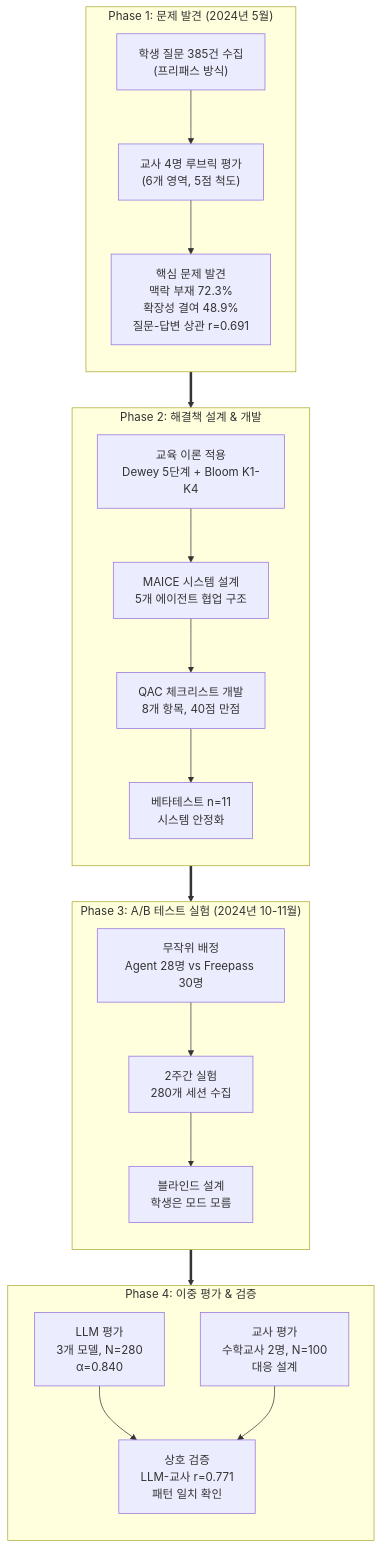
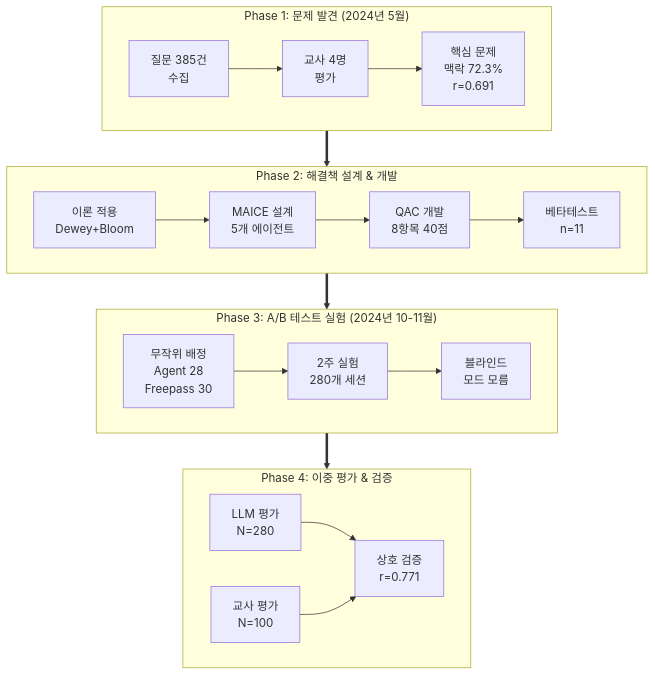
One commit to KimKyuBong/maice-paper-deploy changed the second of 2 diagrams in docs/chapters/01-introduction.md. Above: the diagram before and after it, drawn with Mermaid.

Commit message:
그림 1-2 레이아웃 변경: Phase 세로, 진행 가로
변경:
- Phase 배열: 세로 (TB) - Phase 1~4 순차 진행
- 각 Phase 내부: 가로 (LR) - 단계별 진행

효과:
- Phase 구분 명확 (세로 흐름)
- 각 Phase 내 세부 과정 한눈에 (가로 흐름)
- 전체 → 세부 계층 구조 명확

가독성 최적화!

````diff
--- a/docs/chapters/01-introduction.md
+++ b/docs/chapters/01-introduction.md
@@ -205,40 +205,27 @@
 ```mermaid
 graph TB
     subgraph P1["Phase 1: 문제 발견 (2024년 5월)"]
-        direction TB
-        A1["학생 질문 385건 수집<br/>(프리패스 방식)"]
-        A2["교사 4명 루브릭 평가<br/>(6개 영역, 5점 척도)"]
-        A3["핵심 문제 발견<br/>맥락 부재 72.3%<br/>확장성 결여 48.9%<br/>질문-답변 상관 r=0.691"]
-        A1 --> A2 --> A3
+        direction LR
+        A1["질문 385건<br/>수집"] --> A2["교사 4명<br/>평가"] --> A3["핵심 문제<br/>맥락 72.3%<br/>r=0.691"]
     end
     
     subgraph P2["Phase 2: 해결책 설계 & 개발"]
-        direction TB
-        B1["교육 이론 적용<br/>Dewey 5단계 + Bloom K1-K4"]
-        B2["MAICE 시스템 설계<br/>5개 에이전트 협업 구조"]
-        B3["QAC 체크리스트 개발<br/>8개 항목, 40점 만점"]
-        B4["베타테스트 n=11<br/>시스템 안정화"]
-        B1 --> B2 --> B3 --> B4
+        direction LR
+        B1["이론 적용<br/>Dewey+Bloom"] --> B2["MAICE 설계<br/>5개 에이전트"] --> B3["QAC 개발<br/>8항목 40점"] --> B4["베타테스트<br/>n=11"]
     end
     
     subgraph P3["Phase 3: A/B 테스트 실험 (2024년 10-11월)"]
-        direction TB
-        C1["무작위 배정<br/>Agent 28명 vs Freepass 30명"]
-        C2["2주간 실험<br/>280개 세션 수집"]
-        C3["블라인드 설계<br/>학생은 모드 모름"]
-        C1 --> C2 --> C3
+        direction LR
+        C1["무작위 배정<br/>Agent 28<br/>Freepass 30"] --> C2["2주 실험<br/>280개 세션"] --> C3["블라인드<br/>모드 모름"]
     end
     
     subgraph P4["Phase 4: 이중 평가 & 검증"]
-        direction TB
-        D1["LLM 평가<br/>3개 모델, N=280<br/>α=0.840"]
-        D2["교사 평가<br/>수학교사 2명, N=100<br/>대응 설계"]
-        D3["상호 검증<br/>LLM-교사 r=0.771<br/>패턴 일치 확인"]
-        D1 --> D3
-        D2 --> D3
+        direction LR
+        D1["LLM 평가<br/>N=280"] --> D3["상호 검증<br/>r=0.771"]
+        D2["교사 평가<br/>N=100"] --> D3
     end
     
     P1 ==> P2
     P2 ==> P3
     P3 ==> P4
 ```
````
